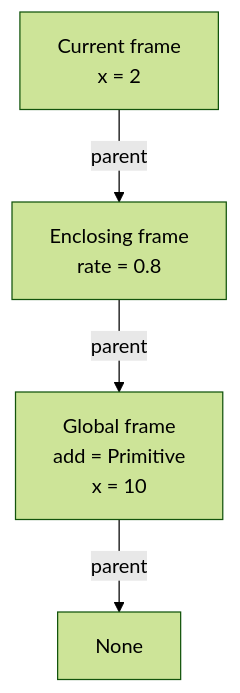
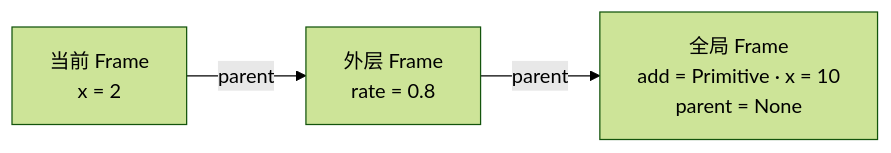
The first of 8 diagrams in source/_posts/composing-programs-runtime-abstraction.md (LittlePyx/LittlePyx.github.io), drawn with Mermaid (forest theme) before and after one commit. The commit also changed other lines of this file and 9 other files, not shown here.

```diff
--- a/source/_posts/composing-programs-runtime-abstraction.md
+++ b/source/_posts/composing-programs-runtime-abstraction.md
@@ -69,6 +88,5 @@
 {% mermaid %}
-flowchart TB
-    CURRENT["Current frame<br/>x = 2"] -->|parent| OUTER["Enclosing frame<br/>rate = 0.8"]
-    OUTER -->|parent| GLOBAL["Global frame<br/>add = Primitive<br/>x = 10"]
-    GLOBAL -->|parent| NONE["None"]
+flowchart LR
+    CURRENT["当前 Frame<br/>x = 2"] -->|parent| OUTER["外层 Frame<br/>rate = 0.8"]
+    OUTER -->|parent| GLOBAL["全局 Frame<br/>add = Primitive · x = 10<br/>parent = None"]
 {% endmermaid %}
```
